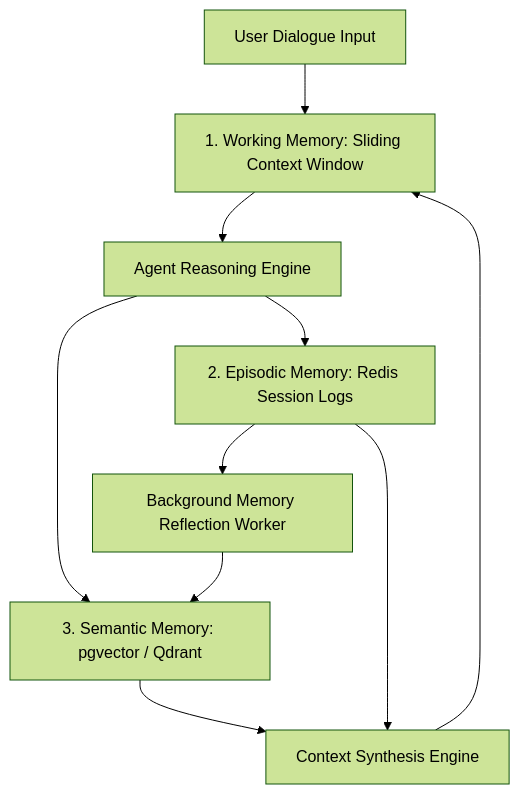
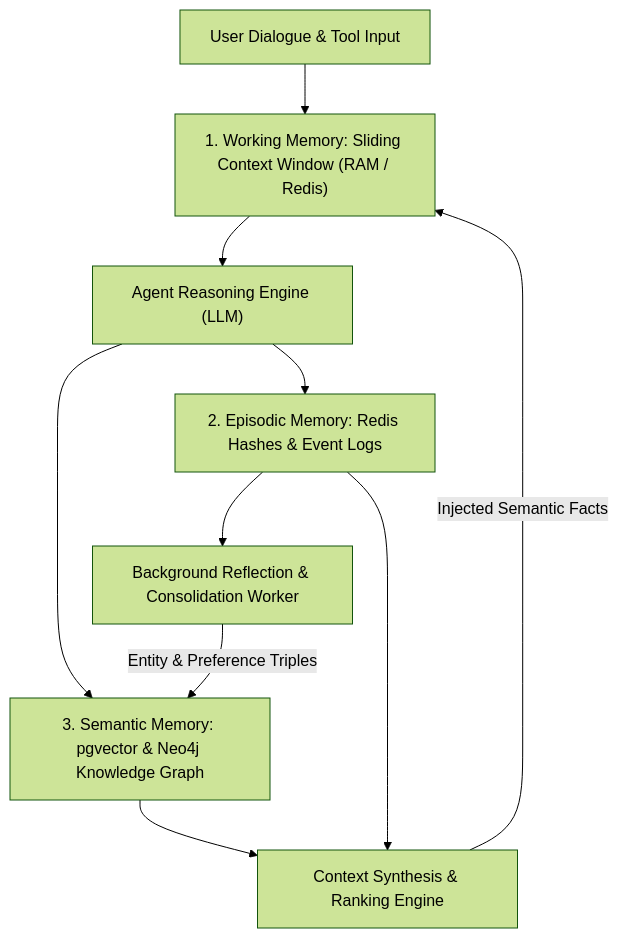
One commit to vesviet/vesviet changed the first of 2 diagrams in content/series/ai-data-engineering-pipeline/part-7-agentic-memory-long-term.md. Above: the diagram before and after it, drawn with Mermaid (forest theme). The commit also changed other lines of this file and 13 other files, not shown here.

````diff
--- a/content/series/ai-data-engineering-pipeline/part-7-agentic-memory-long-term.md
+++ b/content/series/ai-data-engineering-pipeline/part-7-agentic-memory-long-term.md
@@ -38,15 +41,15 @@
 ```mermaid
 graph TD
-    UserInput["User Dialogue Input"] --> WM["1. Working Memory: Sliding Context Window"]
-    WM --> AgentCore["Agent Reasoning Engine"]
+    UserInput["User Dialogue & Tool Input"] --> WM["1. Working Memory: Sliding Context Window (RAM / Redis)"]
+    WM --> AgentCore["Agent Reasoning Engine (LLM)"]
 
-    AgentCore --> Episodic["2. Episodic Memory: Redis Session Logs"]
-    AgentCore --> Semantic["3. Semantic Memory: pgvector / Qdrant"]
+    AgentCore --> Episodic["2. Episodic Memory: Redis Hashes & Event Logs"]
+    AgentCore --> Semantic["3. Semantic Memory: pgvector & Neo4j Knowledge Graph"]
 
-    Episodic --> Distiller["Background Memory Reflection Worker"]
-    Distiller --> Semantic
+    Episodic --> Distiller["Background Reflection & Consolidation Worker"]
+    Distiller -->|"Entity & Preference Triples"| Semantic
 
-    Semantic --> Synthesis["Context Synthesis Engine"]
+    Semantic --> Synthesis["Context Synthesis & Ranking Engine"]
     Episodic --> Synthesis
-    Synthesis --> WM
+    Synthesis -->|"Injected Semantic Facts"| WM
 ```
````
